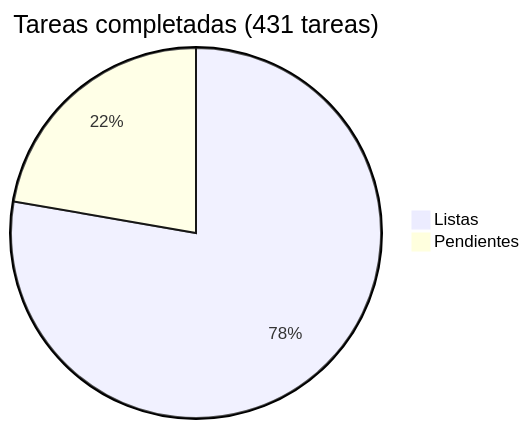
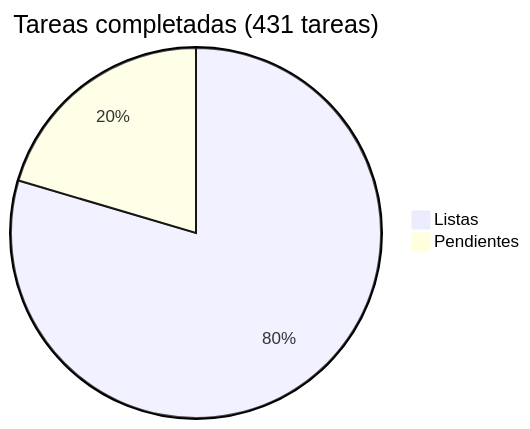
The diagram in docs/roadmap/README.md (araguaney-lat/araguaney), drawn with Mermaid before and after one commit. The commit also changed other lines of this file and 8 other files, not shown here.

````diff
--- a/docs/roadmap/README.md
+++ b/docs/roadmap/README.md
@@ -5,5 +5,5 @@
 ```mermaid
 pie title Tareas completadas (431 tareas)
-    "Listas" : 335
-    "Pendientes" : 96
+    "Listas" : 343
+    "Pendientes" : 88
 ```
````
